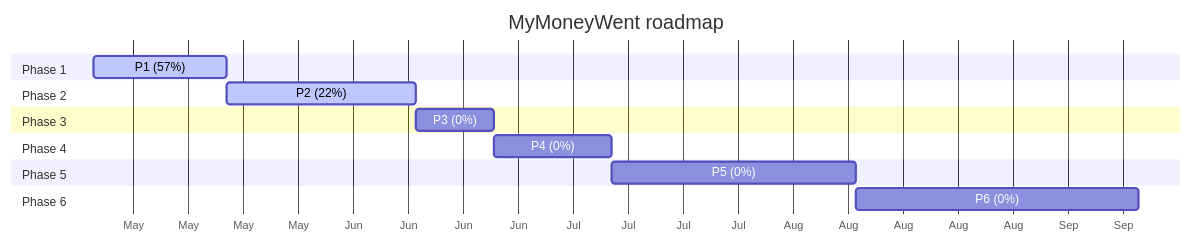
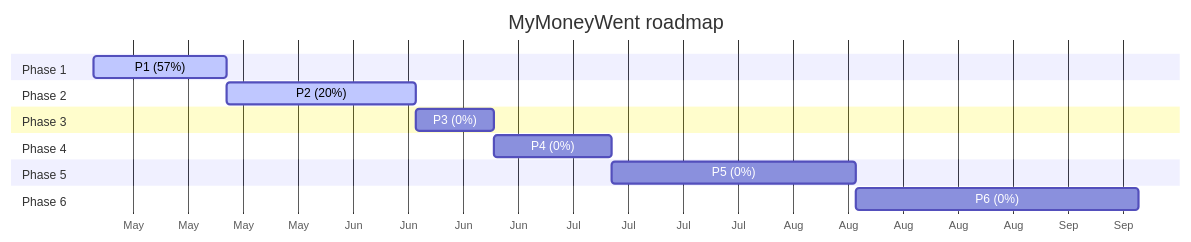
One commit to maingocanh1702/my-money-went-bot changed the diagram in docs/dashboard.md. Above: the diagram before and after it, drawn with Mermaid. The commit also changed other lines of this file and 16 other files, not shown here.

````diff
--- a/docs/dashboard.md
+++ b/docs/dashboard.md
@@ -101,18 +102,18 @@
 ```mermaid
 gantt
     title MyMoneyWent roadmap
     dateFormat YYYY-MM-DD
     axisFormat %b
     section Phase 1
     P1 (57%) : active, 2026-05-05, 2026-05-22
     section Phase 2
-    P2 (22%) : active, 2026-05-22, 2026-06-15
+    P2 (20%) : active, 2026-05-22, 2026-06-15
     section Phase 3
     P3 (0%) : 2026-06-15, 2026-06-25
     section Phase 4
     P4 (0%) : 2026-06-25, 2026-07-10
     section Phase 5
     P5 (0%) : 2026-07-10, 2026-08-10
     section Phase 6
     P6 (0%) : 2026-08-10, 2026-09-15
 ```
````
